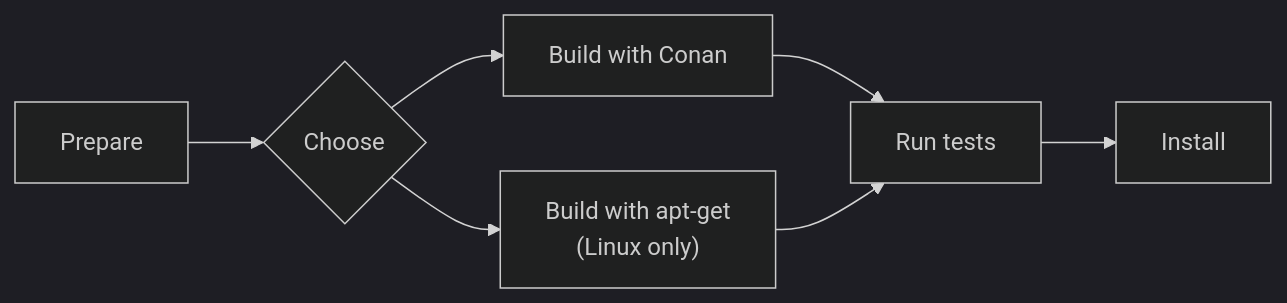
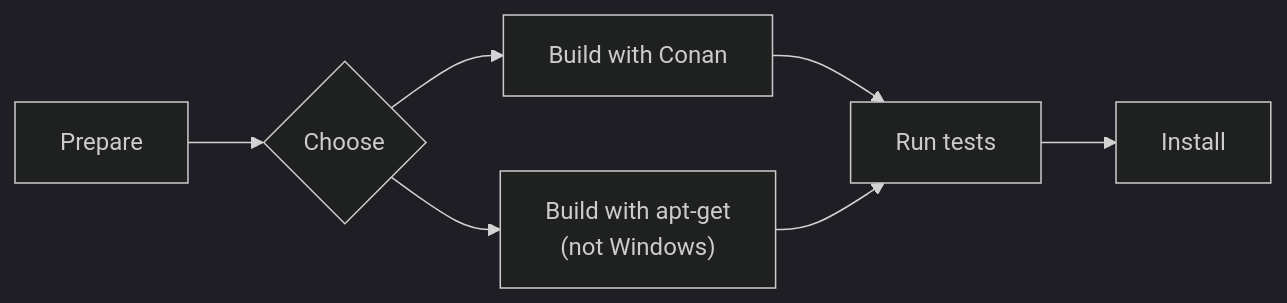
The diagram in docs/src/building/howto.md (MarcelloPerathoner/osrm-backend), drawn with Mermaid (dark theme) before and after one commit. The commit also changed other lines of this file and 1 other file, not shown here.

````diff
--- a/docs/src/building/howto.md
+++ b/docs/src/building/howto.md
@@ -7,21 +7,21 @@
 ```mermaid
 graph LR;
     clone[Prepare]
     choose{Choose}
     conan[Build with Conan]
-    apt["Build with apt-get<br/>(Linux only)"]
+    apt["Build with apt-get<br/>(not Windows)"]
     test[Run tests]
     install[Install]
 
     clone-->choose
     choose-->conan-->test;
     choose-->apt-->test;
     test-->install
 
     click clone "#clone"
     click choose "#choose"
     click conan "#conan"
     click apt "#apt"
     click test "#tests"
     click install "#install"
 ```
````
